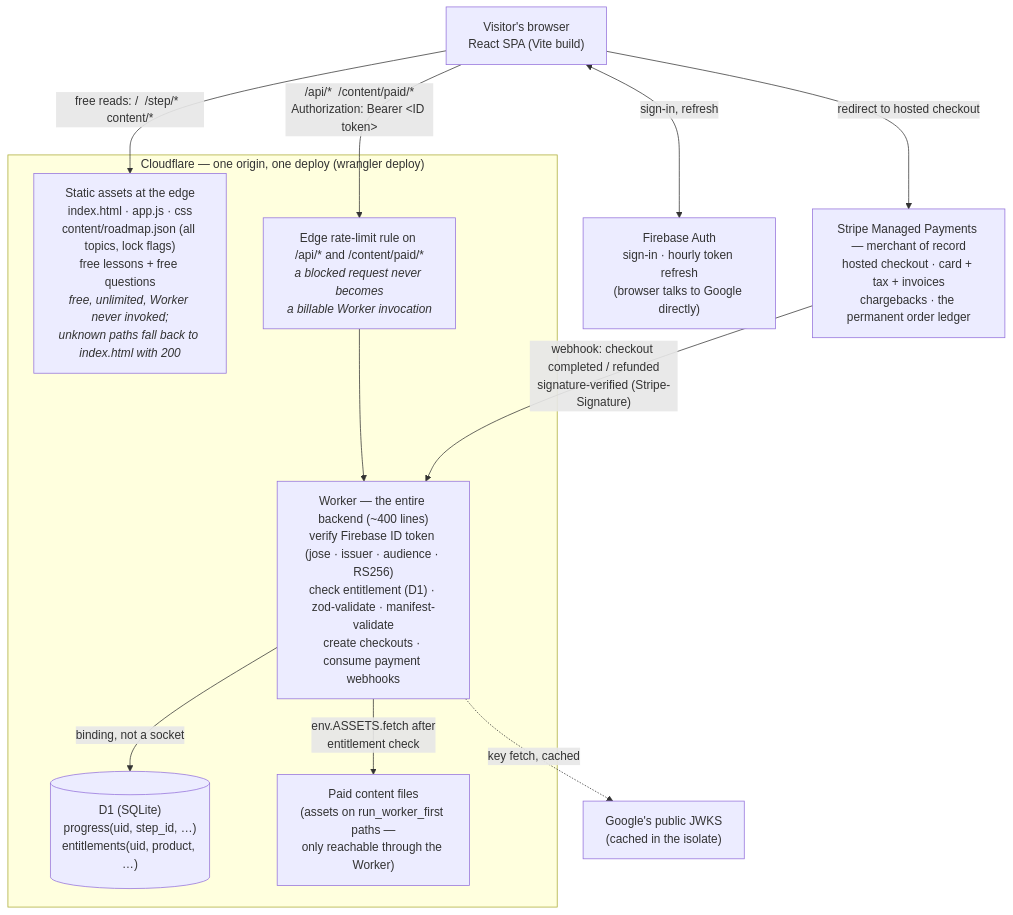
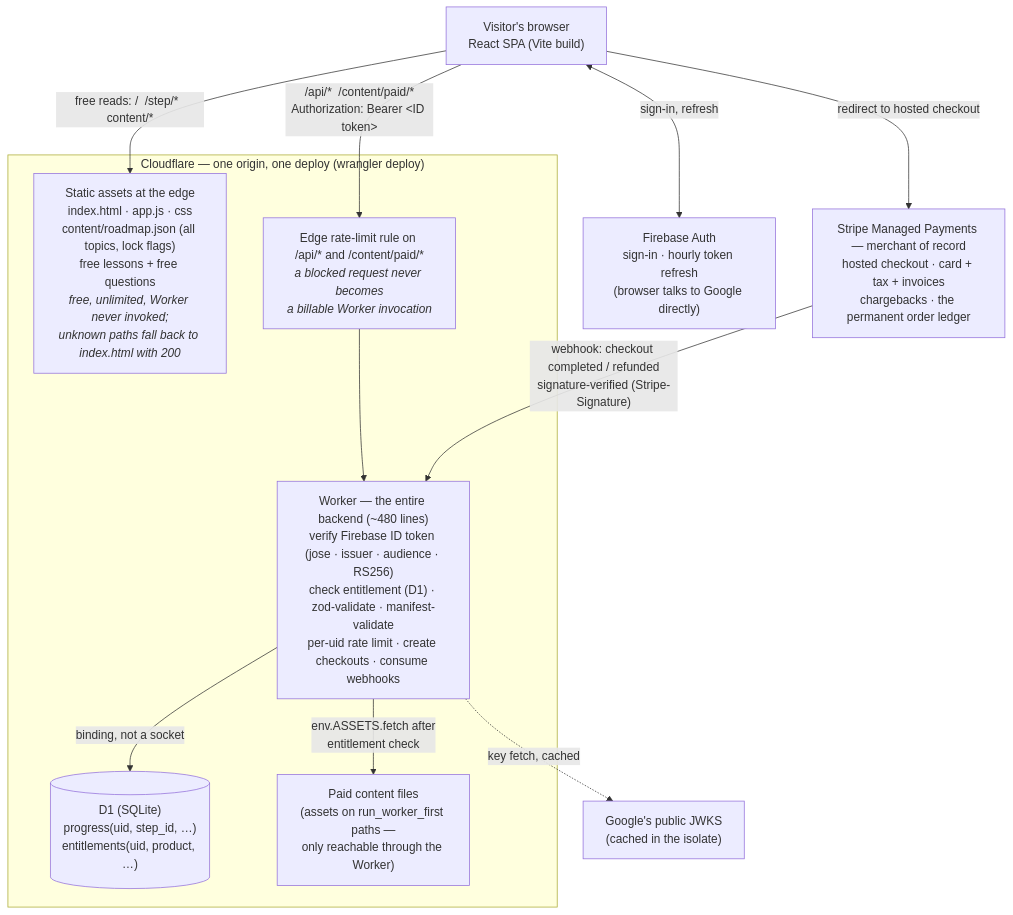
Before and after one commit to Wnayar/deepcs: the first of 2 diagrams in DESIGN.md, drawn with Mermaid. The commit also changed other lines of this file, not shown here.

First line of the commit message:
DESIGN §3: add a control-flow diagram and the real repo layout

````diff
--- a/DESIGN.md
+++ b/DESIGN.md
@@ -75,26 +75,26 @@
 ```mermaid
 flowchart TD
     V["Visitor's browser<br/>React SPA (Vite build)"]
 
     subgraph CF["Cloudflare — one origin, one deploy (wrangler deploy)"]
         EDGE["Static assets at the edge<br/>index.html · app.js · css<br/>content/roadmap.json (all topics, lock flags)<br/>free lessons + free questions<br/><i>free, unlimited, Worker never invoked;<br/>unknown paths fall back to index.html with 200</i>"]
         RL["Edge rate-limit rule on /api/* and /content/paid/*<br/><i>a blocked request never becomes<br/>a billable Worker invocation</i>"]
-        W["Worker — the entire backend (~400 lines)<br/>verify Firebase ID token (jose · issuer · audience · RS256)<br/>check entitlement (D1) · zod-validate · manifest-validate<br/>create checkouts · consume payment webhooks"]
+        W["Worker — the entire backend (~480 lines)<br/>verify Firebase ID token (jose · issuer · audience · RS256)<br/>check entitlement (D1) · zod-validate · manifest-validate<br/>per-uid rate limit · create checkouts · consume webhooks"]
         D1[("D1 (SQLite)<br/>progress(uid, step_id, …)<br/>entitlements(uid, product, …)")]
         PAID["Paid content files<br/>(assets on run_worker_first paths —<br/>only reachable through the Worker)"]
     end
 
     FB["Firebase Auth<br/>sign-in · hourly token refresh<br/>(browser talks to Google directly)"]
     JWKS["Google's public JWKS<br/>(cached in the isolate)"]
     PAY["Stripe Managed Payments — merchant of record<br/>hosted checkout · card + tax + invoices<br/>chargebacks · the permanent order ledger"]
 
     V -->|"free reads: /  /step/*  content/*"| EDGE
     V -->|"/api/*  /content/paid/*<br/>Authorization: Bearer &lt;ID token&gt;"| RL
     RL --> W
     W -->|"binding, not a socket"| D1
     W -->|"env.ASSETS.fetch after<br/>entitlement check"| PAID
     V <-->|"sign-in, refresh"| FB
     W -.->|"key fetch, cached"| JWKS
     V -->|"redirect to hosted checkout"| PAY
     PAY -->|"webhook: checkout completed / refunded<br/>signature-verified (Stripe-Signature)"| W
 ```
````
